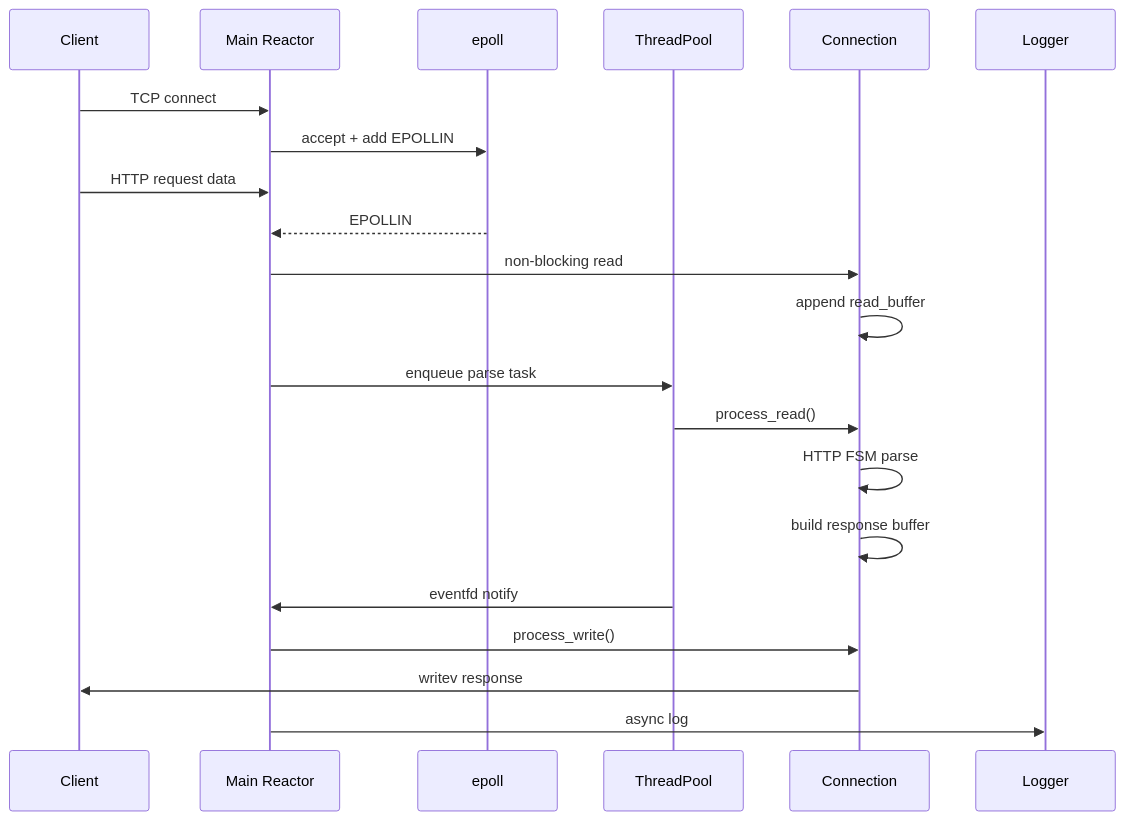
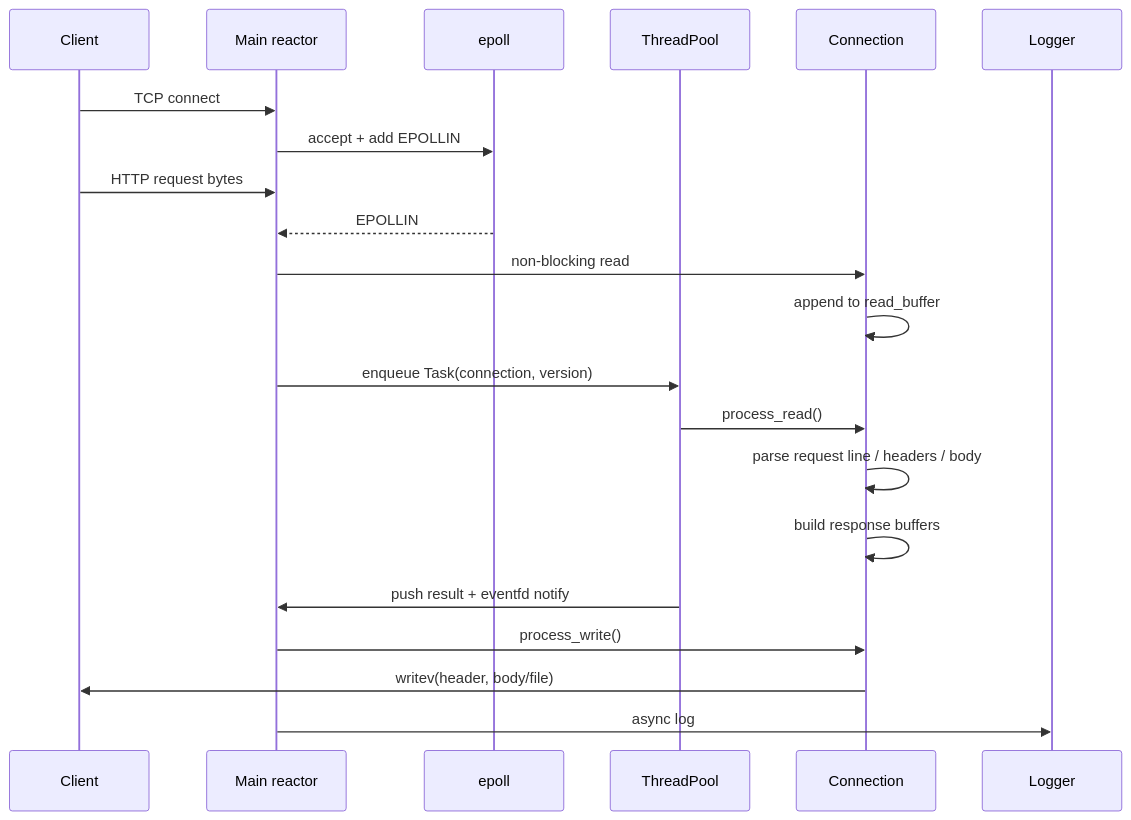
The second of 4 diagrams in README.md (kangbaoH/VWebServer), drawn with Mermaid before and after one commit. The commit also changed other lines of this file and 2 other files, not shown here.

````diff
--- a/README.md
+++ b/README.md
@@ -186,24 +69,24 @@
 ```mermaid
 sequenceDiagram
     participant C as Client
-    participant M as Main Reactor
+    participant M as Main reactor
     participant E as epoll
     participant P as ThreadPool
     participant Conn as Connection
     participant L as Logger
 
     C->>M: TCP connect
     M->>E: accept + add EPOLLIN
-    C->>M: HTTP request data
+    C->>M: HTTP request bytes
     E-->>M: EPOLLIN
     M->>Conn: non-blocking read
-    Conn->>Conn: append read_buffer
-    M->>P: enqueue parse task
+    Conn->>Conn: append to read_buffer
+    M->>P: enqueue Task(connection, version)
     P->>Conn: process_read()
-    Conn->>Conn: HTTP FSM parse
-    Conn->>Conn: build response buffer
-    P->>M: eventfd notify
+    Conn->>Conn: parse request line / headers / body
+    Conn->>Conn: build response buffers
+    P->>M: push result + eventfd notify
     M->>Conn: process_write()
-    Conn->>C: writev response
+    Conn->>C: writev(header, body/file)
     M->>L: async log
 ```
````
